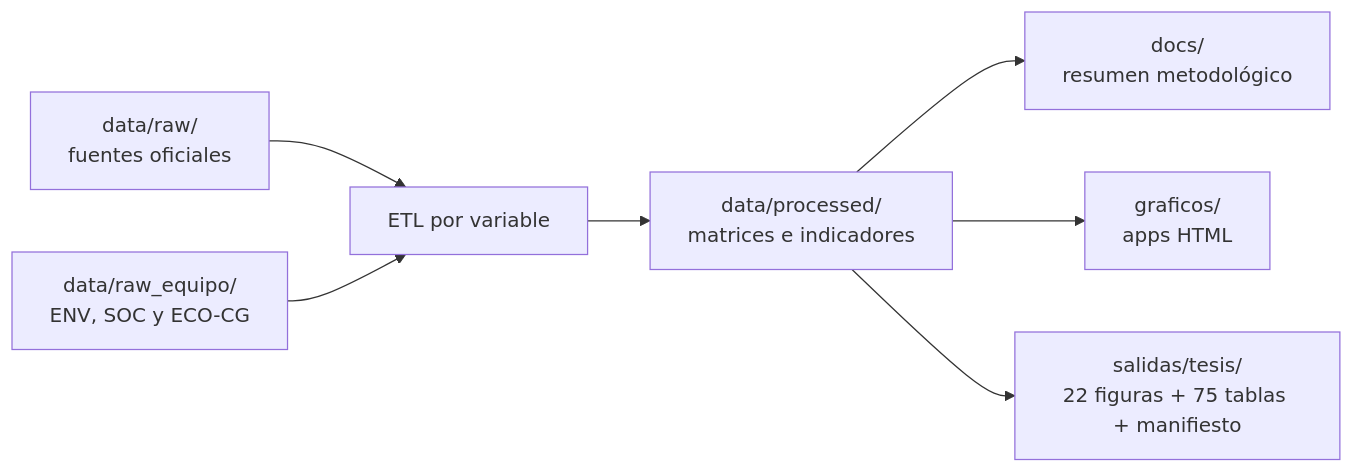
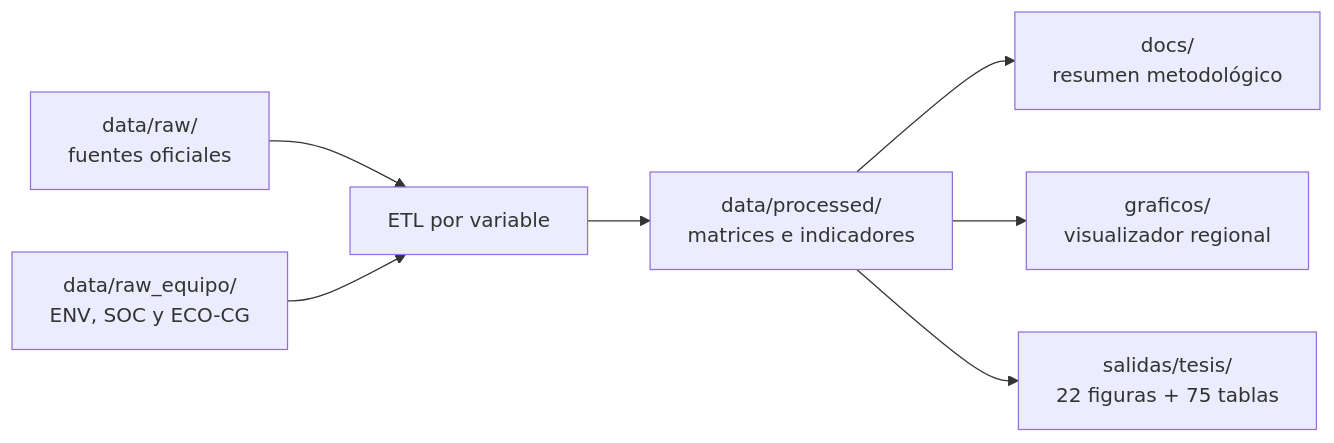
The diagram in README.md (giovanni-serrano/siepac-analysis), drawn with Mermaid before and after one commit. The commit also changed other lines of this file and 30 other files, not shown here.

Commit message:
Consolida visualizador regional y prepara GitHub Pages

````diff
--- a/README.md
+++ b/README.md
@@ -68,9 +69,9 @@
 ```mermaid
 flowchart LR
     RAW["data/raw/<br>fuentes oficiales"] --> ETL["ETL por variable"]
     EQ["data/raw_equipo/<br>ENV, SOC y ECO-CG"] --> ETL
     ETL --> PROC["data/processed/<br>matrices e indicadores"]
     PROC --> DOC["docs/<br>resumen metodológico"]
-    PROC --> APPS["graficos/<br>apps HTML"]
-    PROC --> OUT["salidas/tesis/<br>22 figuras + 75 tablas + manifiesto"]
+    PROC --> APP["graficos/<br>visualizador regional"]
+    PROC --> OUT["salidas/tesis/<br>22 figuras + 75 tablas"]
 ```
````
